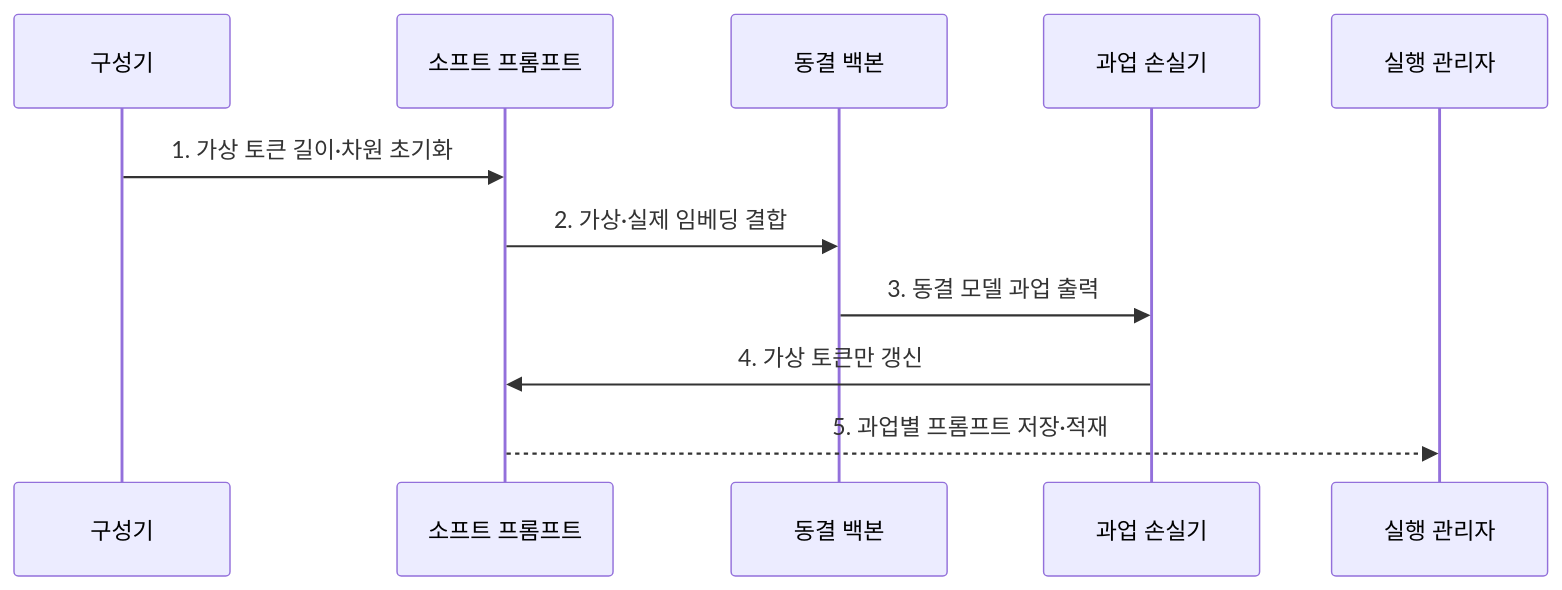
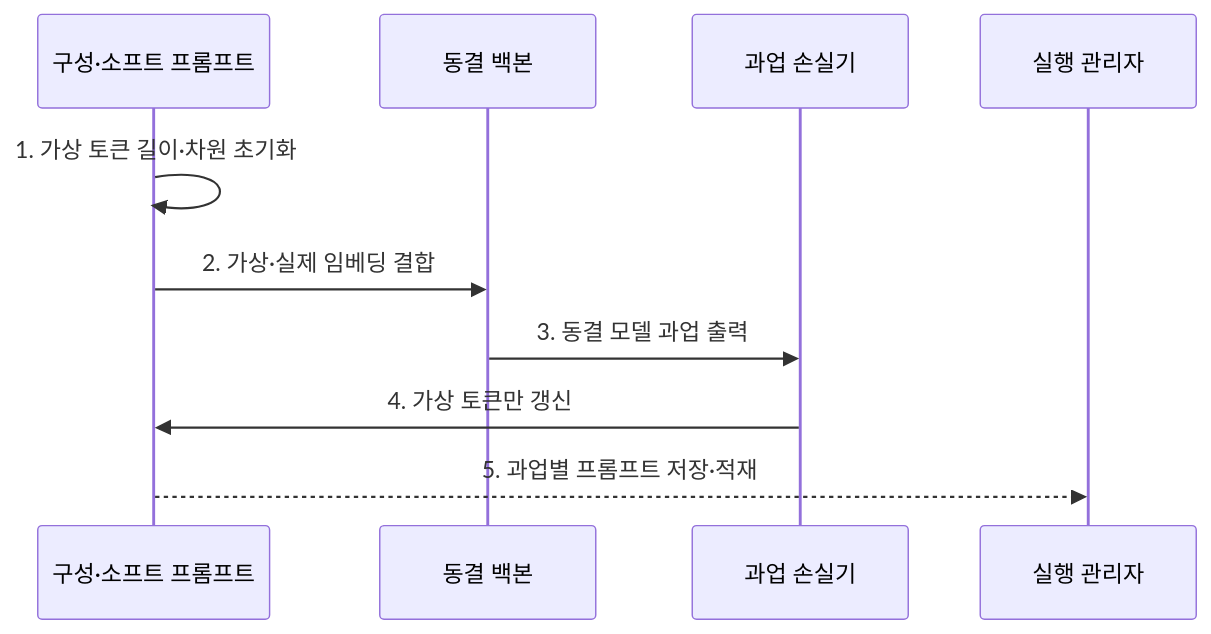
One commit to agnusdei1207/knowledge-base changed the second of 2 diagrams in src/content/docs/notes/08-latest-tech/064_prompt_tuning.md. Above: the diagram before and after it, drawn with Mermaid. The commit also changed 9 other files, not shown here.

Commit message:
Reduce AI pipeline flow participants

````diff
--- a/src/content/docs/notes/08-latest-tech/064_prompt_tuning.md
+++ b/src/content/docs/notes/08-latest-tech/064_prompt_tuning.md
@@ -101,13 +101,12 @@
 ```mermaid
 sequenceDiagram
-    participant C as 구성기
-    participant P as 소프트 프롬프트
+    participant P as 구성·소프트 프롬프트
     participant B as 동결 백본
     participant L as 과업 손실기
     participant R as 실행 관리자
-    C->>P: 1. 가상 토큰 길이·차원 초기화
+    P->>P: 1. 가상 토큰 길이·차원 초기화
     P->>B: 2. 가상·실제 임베딩 결합
     B->>L: 3. 동결 모델 과업 출력
     L->>P: 4. 가상 토큰만 갱신
     P-->>R: 5. 과업별 프롬프트 저장·적재
 ```
````
